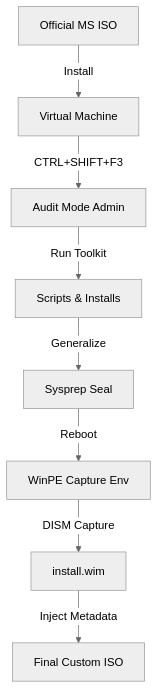
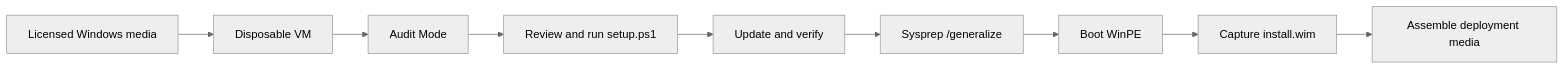
The diagram in README.md (gorevyoneticisi/Windows10-IOT-LTSC-Golden-ISO), drawn with Mermaid (neutral theme) before and after one commit. The commit also changed other lines of this file and 1 other file, not shown here.

````diff
--- a/README.md
+++ b/README.md
@@ -37,22 +35,11 @@
 ```mermaid
-graph TD
-    %% Nodes
-    ISO[Official MS ISO]
-    VM[Virtual Machine]
-    Audit[Audit Mode Admin]
-    Tweaks[Scripts & Installs]
-    Sysprep[Sysprep Seal]
-    WinPE[WinPE Capture Env]
-    WIM[install.wim]
-    Final[Final Custom ISO]
-
-    %% Flow
-    ISO -->|Install| VM
-    VM -->|CTRL+SHIFT+F3| Audit
-    Audit -->|Run Toolkit| Tweaks
-    Tweaks -->|Generalize| Sysprep
-    Sysprep -->|Reboot| WinPE
-    WinPE -->|DISM Capture| WIM
-    WIM -->|Inject Metadata| Final
-
+flowchart LR
+    ISO[Licensed Windows media] --> VM[Disposable VM]
+    VM --> AUDIT[Audit Mode]
+    AUDIT --> CONFIG[Review and run setup.ps1]
+    CONFIG --> VERIFY[Update and verify]
+    VERIFY --> SYSPREP[Sysprep /generalize]
+    SYSPREP --> WINPE[Boot WinPE]
+    WINPE --> WIM[Capture install.wim]
+    WIM --> FINAL[Assemble deployment media]
 ```
````
